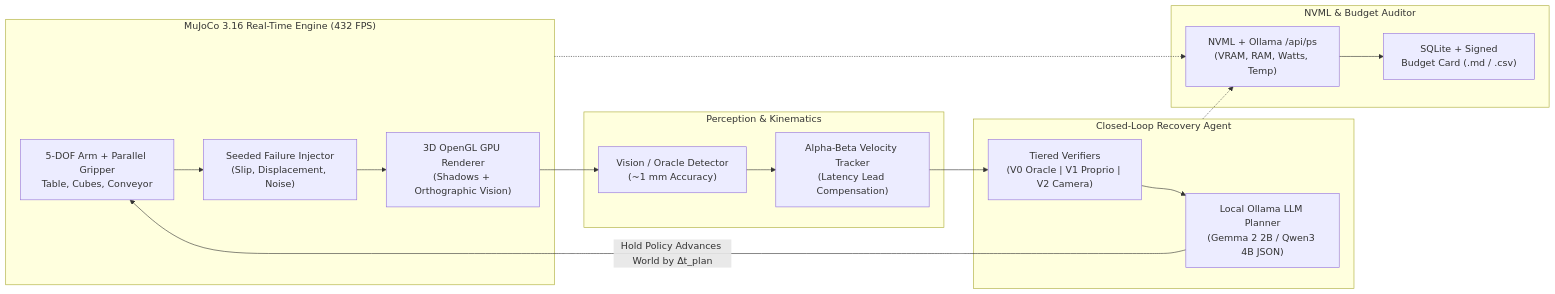
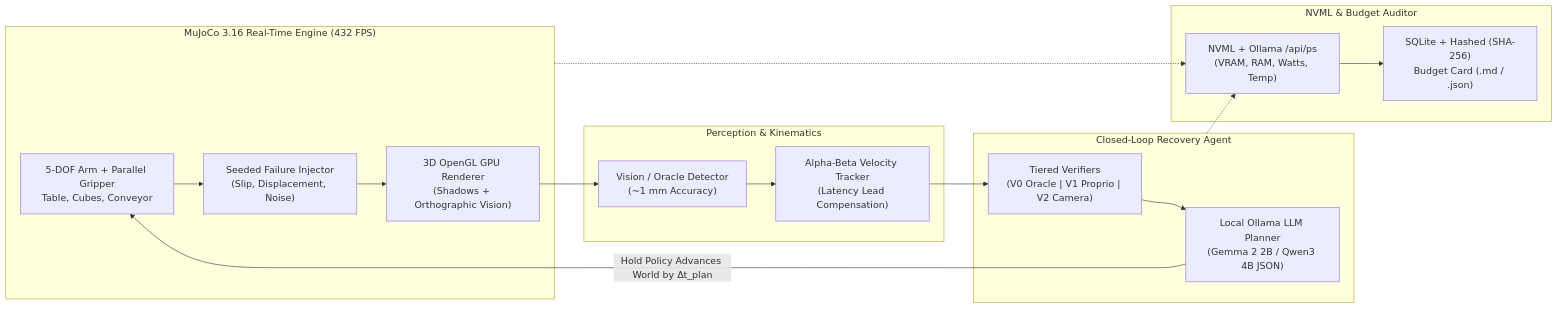
The diagram in README.md (VedantJadhav701/OpenphysicalAI-lab), drawn with Mermaid before and after one commit. The commit also changed other lines of this file and 27 other files, not shown here.

````diff
--- a/README.md
+++ b/README.md
@@ -36,29 +36,29 @@
 ```mermaid
 flowchart LR
     subgraph Sim["MuJoCo 3.16 Real-Time Engine (432 FPS)"]
         World["5-DOF Arm + Parallel Gripper\nTable, Cubes, Conveyor"]
         Inject["Seeded Failure Injector\n(Slip, Displacement, Noise)"]
         Render["3D OpenGL GPU Renderer\n(Shadows + Orthographic Vision)"]
     end
 
     subgraph Percep["Perception & Kinematics"]
         Vision["Vision / Oracle Detector\n(~1 mm Accuracy)"]
         Kalman["Alpha-Beta Velocity Tracker\n(Latency Lead Compensation)"]
     end
 
     subgraph Agent["Closed-Loop Recovery Agent"]
         Verifier["Tiered Verifiers\n(V0 Oracle | V1 Proprio | V2 Camera)"]
         Planner["Local Ollama LLM Planner\n(Gemma 2 2B / Qwen3 4B JSON)"]
     end
 
     subgraph Telemetry["NVML & Budget Auditor"]
         Profiler["NVML + Ollama /api/ps\n(VRAM, RAM, Watts, Temp)"]
-        Card["SQLite + Signed\nBudget Card (.md / .csv)"]
+        Card["SQLite + Hashed (SHA-256)\nBudget Card (.md / .json)"]
     end
 
     World --> Inject --> Render --> Vision --> Kalman
     Kalman --> Verifier --> Planner
     Planner -- "Hold Policy Advances World by Δt_plan" --> World
     Sim -.-> Profiler --> Card
     Agent -.-> Profiler
 ```
````
